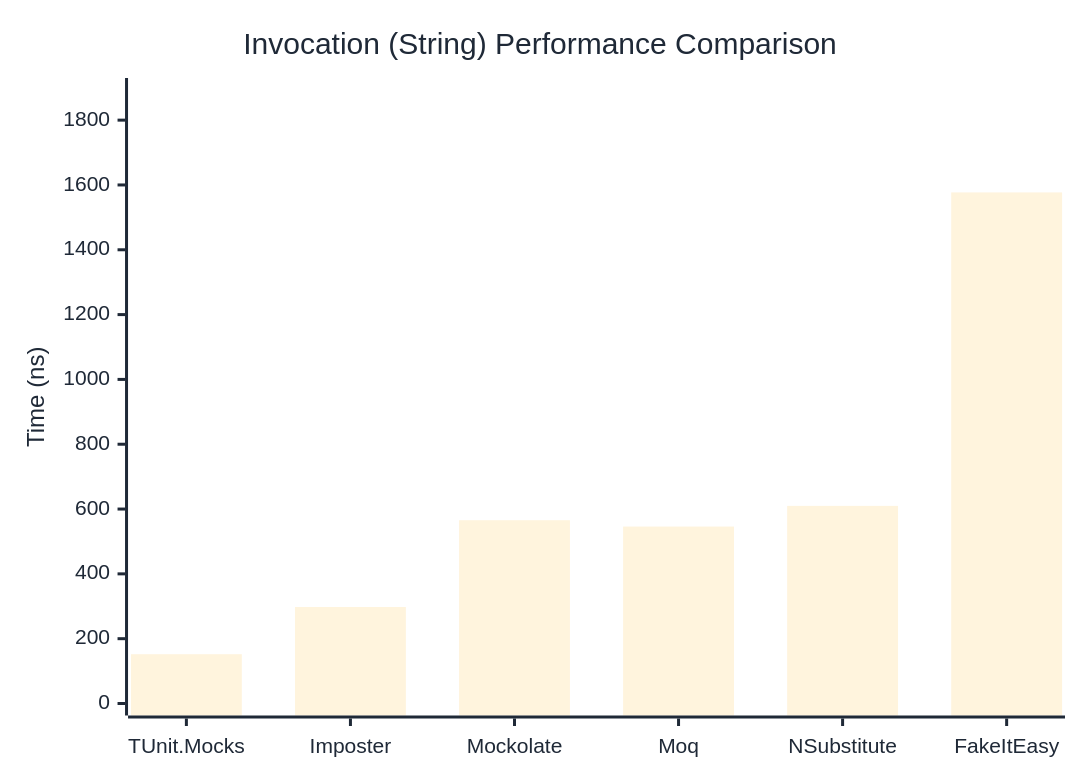
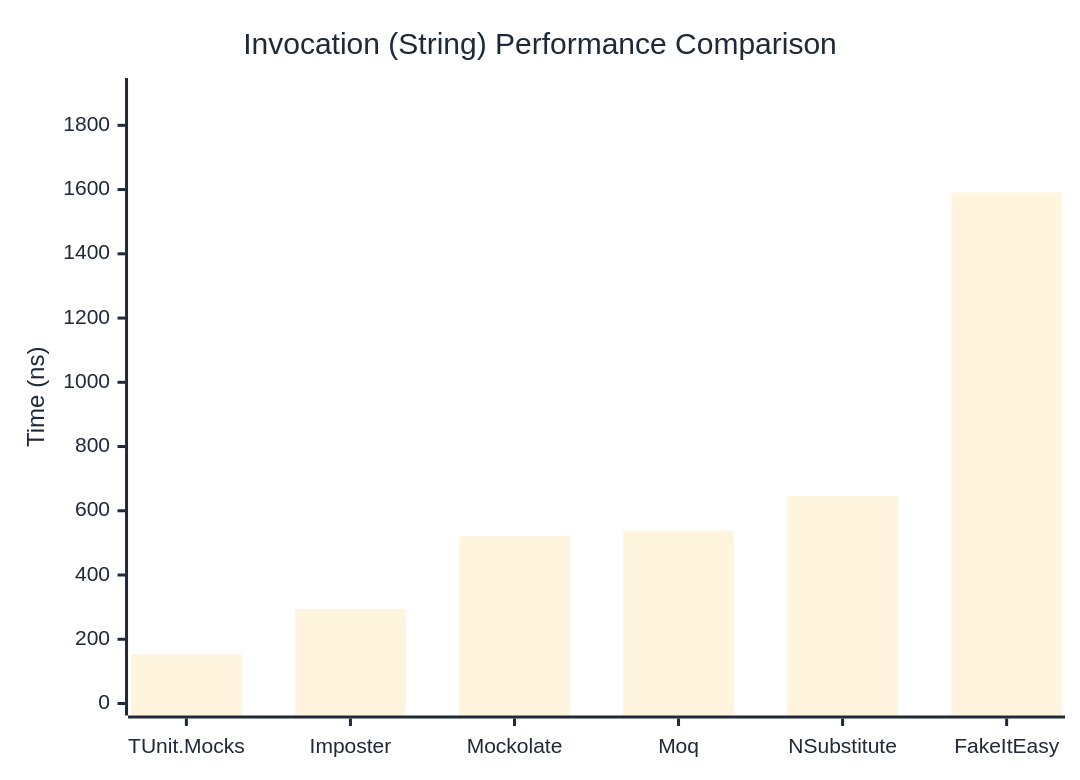
Before and after one commit to thomhurst/TUnit: the second of 3 diagrams in docs/docs/benchmarks/mocks/Invocation.md, drawn with Mermaid. The commit also changed other lines of this file and 14 other files, not shown here.

````diff
--- a/docs/docs/benchmarks/mocks/Invocation.md
+++ b/docs/docs/benchmarks/mocks/Invocation.md
@@ -69,27 +69,27 @@
 ```mermaid
 %%{init: {
   'theme':'base',
   'themeVariables': {
     'primaryColor': '#2563eb',
     'primaryTextColor': '#1f2937',
     'primaryBorderColor': '#1e40af',
     'lineColor': '#6b7280',
     'secondaryColor': '#7c3aed',
     'tertiaryColor': '#dc2626',
     'background': '#ffffff',
     'pie1': '#2563eb',
     'pie2': '#7c3aed',
     'pie3': '#dc2626',
     'pie4': '#f59e0b',
     'pie5': '#10b981',
     'pie6': '#06b6d4',
     'pie7': '#ec4899',
     'pie8': '#6366f1'
   }
 }}%%
 xychart-beta
   title "Invocation (String) Performance Comparison"
   x-axis ["TUnit.Mocks", "Imposter", "Mockolate", "Moq", "NSubstitute", "FakeItEasy"]
-  y-axis "Time (ns)" 0 --> 1893
-  bar [152.1, 297.7, 565.5, 546, 609.8, 1577]
+  y-axis "Time (ns)" 0 --> 1910
+  bar [152.9, 293.4, 521.2, 538.2, 646, 1591]
 ```
````
